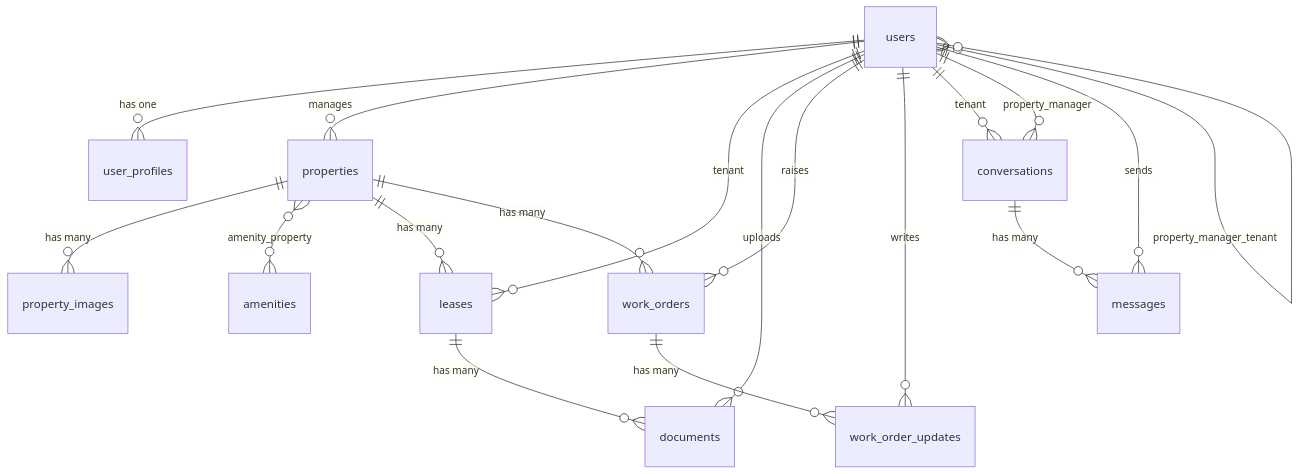
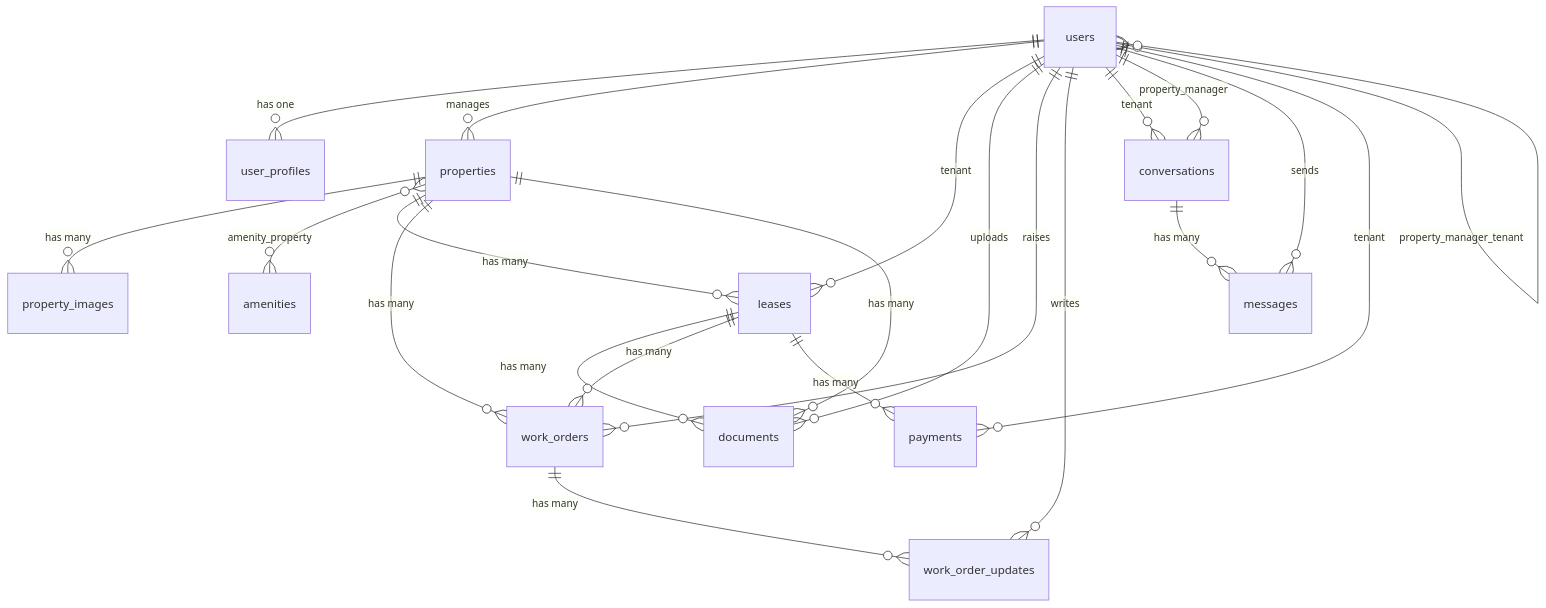
One commit to gurn1/rently changed the diagram in docs/schema.md. Above: the diagram before and after it, drawn with Mermaid. The commit also changed other lines of this file and 8 other files, not shown here.

````diff
--- a/docs/schema.md
+++ b/docs/schema.md
@@ -64,24 +18,27 @@
 ```mermaid
 erDiagram
     users ||--o{ user_profiles : "has one"
     users ||--o{ properties : "manages"
     users ||--o{ leases : "tenant"
     users ||--o{ documents : "uploads"
     users ||--o{ work_orders : "raises"
     users ||--o{ work_order_updates : "writes"
     users ||--o{ conversations : "tenant"
     users ||--o{ conversations : "property_manager"
     users ||--o{ messages : "sends"
+    users ||--o{ payments : "tenant"
     users }o--o{ users : "property_manager_tenant"
 
     properties ||--o{ property_images : "has many"
     properties }o--o{ amenities : "amenity_property"
     properties ||--o{ leases : "has many"
     properties ||--o{ work_orders : "has many"
+    properties ||--o{ documents : "has many"
 
     leases ||--o{ documents : "has many"
+    leases ||--o{ work_orders : "has many"
+    leases ||--o{ payments : "has many"
 
     work_orders ||--o{ work_order_updates : "has many"
-
     conversations ||--o{ messages : "has many"
 ```
````
